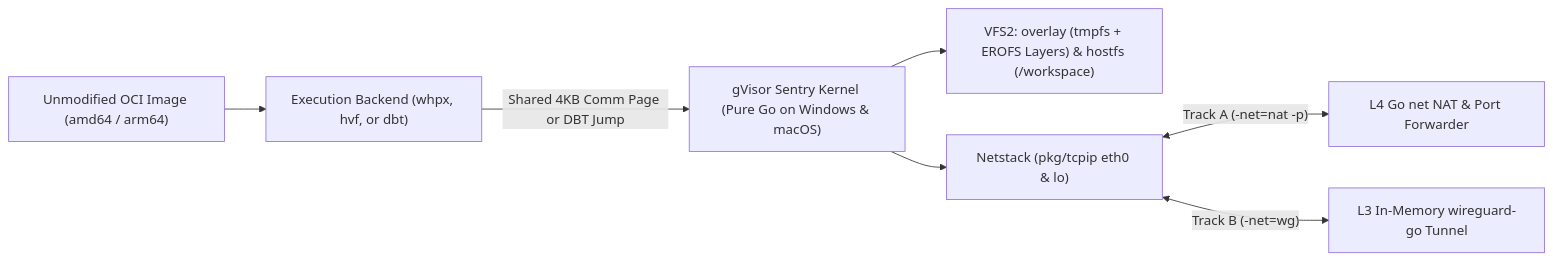
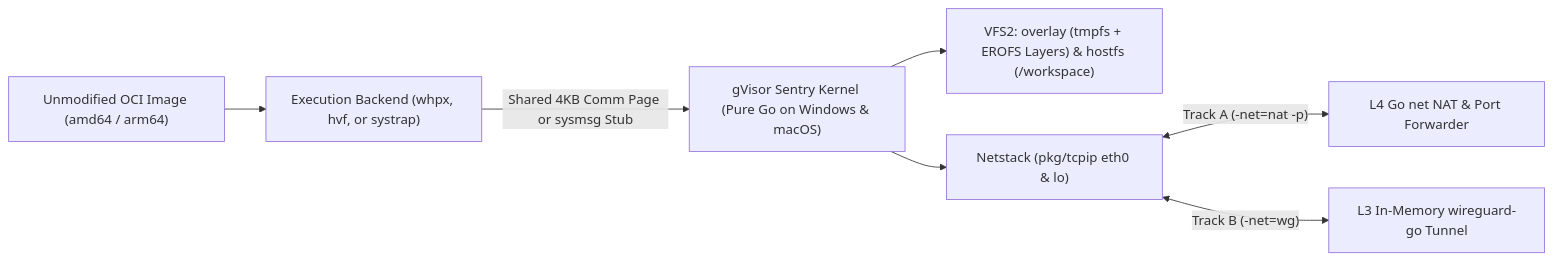
The diagram in README.md (antegral/containerd-shim-gvx), drawn with Mermaid before and after one commit. The commit also changed other lines of this file and 3 other files, not shown here.

````diff
--- a/README.md
+++ b/README.md
@@ -20,9 +22,9 @@
 ```mermaid
 flowchart LR
-    OCI["Unmodified OCI Image (amd64 / arm64)"] --> Platform["Execution Backend (whpx, hvf, or dbt)"]
-    Platform -->|"Shared 4KB Comm Page or DBT Jump"| Sentry["gVisor Sentry Kernel (Pure Go on Windows & macOS)"]
+    OCI["Unmodified OCI Image (amd64 / arm64)"] --> Platform["Execution Backend (whpx, hvf, or systrap)"]
+    Platform -->|"Shared 4KB Comm Page or sysmsg Stub"| Sentry["gVisor Sentry Kernel (Pure Go on Windows & macOS)"]
     Sentry --> VFS["VFS2: overlay (tmpfs + EROFS Layers) & hostfs (/workspace)"]
     Sentry --> Netstack["Netstack (pkg/tcpip eth0 & lo)"]
     Netstack <-->|"Track A (-net=nat -p)"| NAT["L4 Go net NAT & Port Forwarder"]
     Netstack <-->|"Track B (-net=wg)"| WG["L3 In-Memory wireguard-go Tunnel"]
 ```
````
